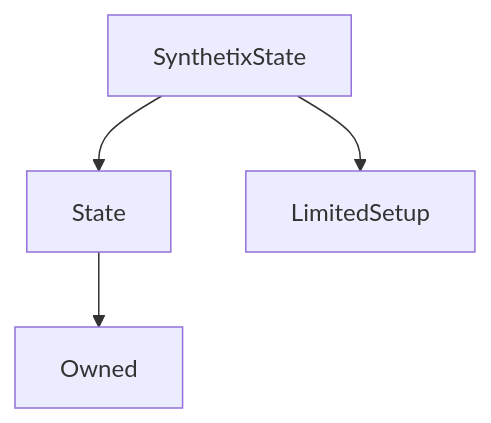
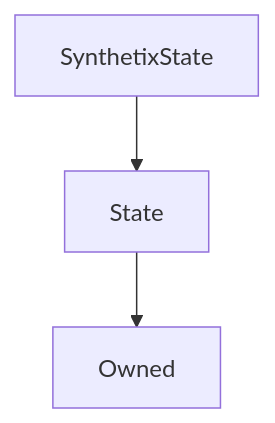
The diagram in content/contracts/source/contracts/SynthetixState.md (Synthetixio/synthetix-docs), drawn with Mermaid before and after one commit. The commit also changed other lines of this file and 121 other files, not shown here.

````diff
--- a/content/contracts/source/contracts/SynthetixState.md
+++ b/content/contracts/source/contracts/SynthetixState.md
@@ -26,7 +26,6 @@
 ```mermaid
 graph TD
     SynthetixState[SynthetixState] --> State[State]
-    SynthetixState[SynthetixState] --> LimitedSetup[LimitedSetup]
     State[State] --> Owned[Owned]
 
 ```
````
